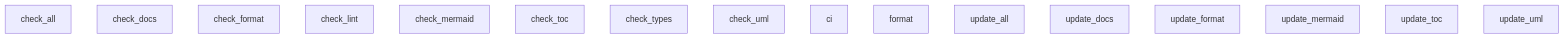
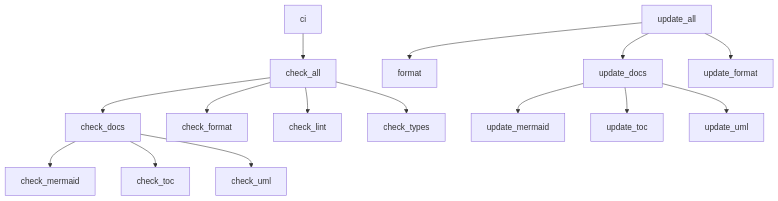
The diagram in javascript/README.md (doikayt/build-tools), drawn with Mermaid before and after one commit. The commit also changed 5 other files, not shown here.

First line of the commit message:
fix: render same-project qualified dep refs as edges in mermaid diagram

````diff
--- a/javascript/README.md
+++ b/javascript/README.md
@@ -44,21 +44,35 @@
 ```mermaid
 graph TD
 
   check_all
   check_docs
   check_format
   check_lint
   check_mermaid
   check_toc
   check_types
   check_uml
   ci
   format
   update_all
   update_docs
   update_format
   update_mermaid
   update_toc
   update_uml
 
+  check_all --> check_docs
+  check_all --> check_format
+  check_all --> check_lint
+  check_all --> check_types
+  check_docs --> check_mermaid
+  check_docs --> check_toc
+  check_docs --> check_uml
+  ci --> check_all
+  update_all --> format
+  update_all --> update_docs
+  update_all --> update_format
+  update_docs --> update_mermaid
+  update_docs --> update_toc
+  update_docs --> update_uml
 ```
````
